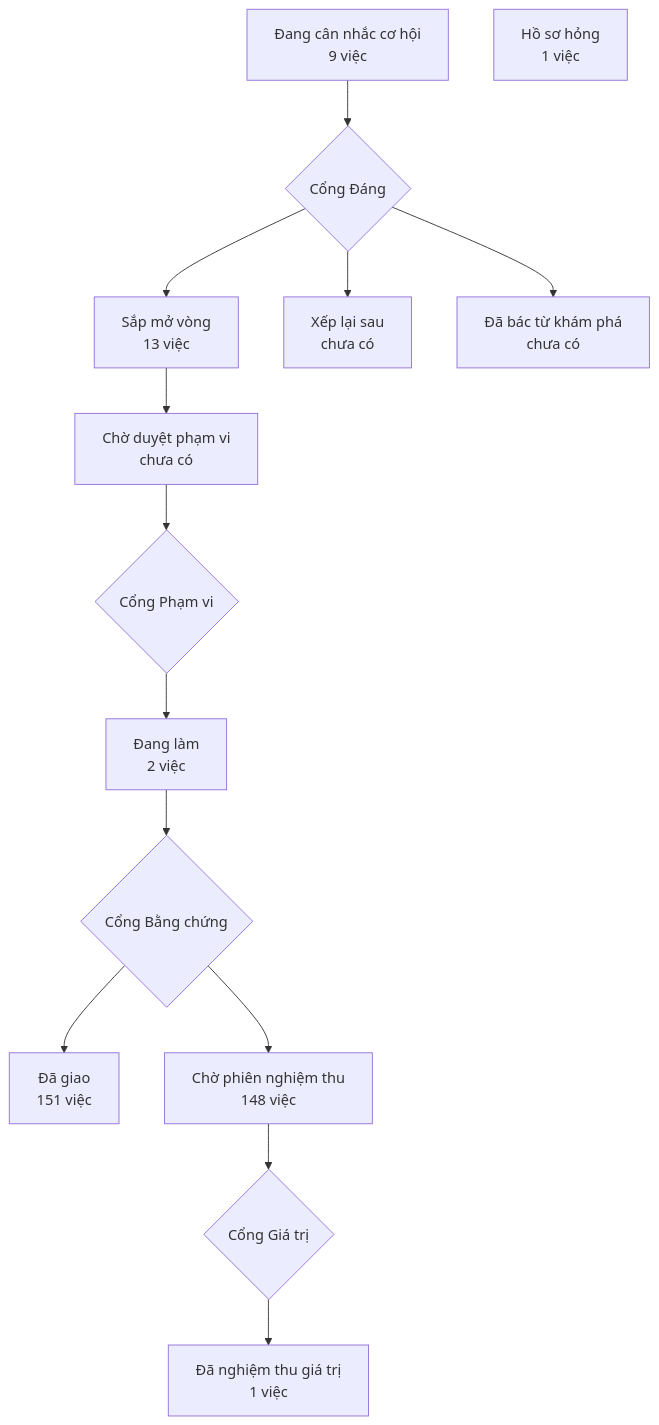
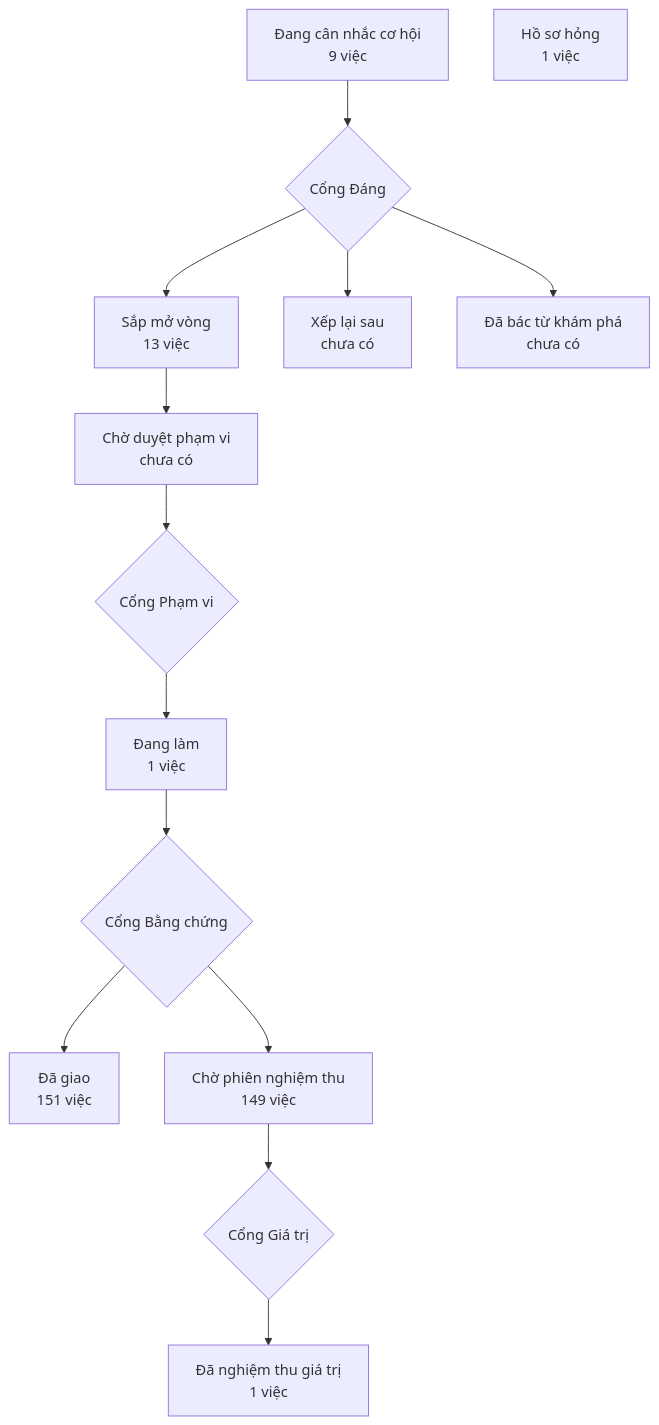
Before and after one commit to phanlemanh/crm-onehub: the diagram in PRODUCT-MAP.md, drawn with Mermaid. The commit also changed 4 other files, not shown here.

````diff
--- a/PRODUCT-MAP.md
+++ b/PRODUCT-MAP.md
@@ -7,13 +7,13 @@
 ```mermaid
 flowchart TD
   A["Đang cân nhắc cơ hội<br/>9 việc"] --> GD{"Cổng Đáng"}
   GD --> B["Sắp mở vòng<br/>13 việc"]
   GD --> XL["Xếp lại sau<br/>chưa có"]
   GD --> DB["Đã bác từ khám phá<br/>chưa có"]
   B --> CD["Chờ duyệt phạm vi<br/>chưa có"] --> GP{"Cổng Phạm vi"}
-  GP --> DL["Đang làm<br/>2 việc"] --> GB{"Cổng Bằng chứng"}
+  GP --> DL["Đang làm<br/>1 việc"] --> GB{"Cổng Bằng chứng"}
   GB --> DG["Đã giao<br/>151 việc"]
-  GB --> CN["Chờ phiên nghiệm thu<br/>148 việc"] --> GG{"Cổng Giá trị"}
+  GB --> CN["Chờ phiên nghiệm thu<br/>149 việc"] --> GG{"Cổng Giá trị"}
   GG --> NT["Đã nghiệm thu giá trị<br/>1 việc"]
   HS["Hồ sơ hỏng<br/>1 việc"]
 ```
````
